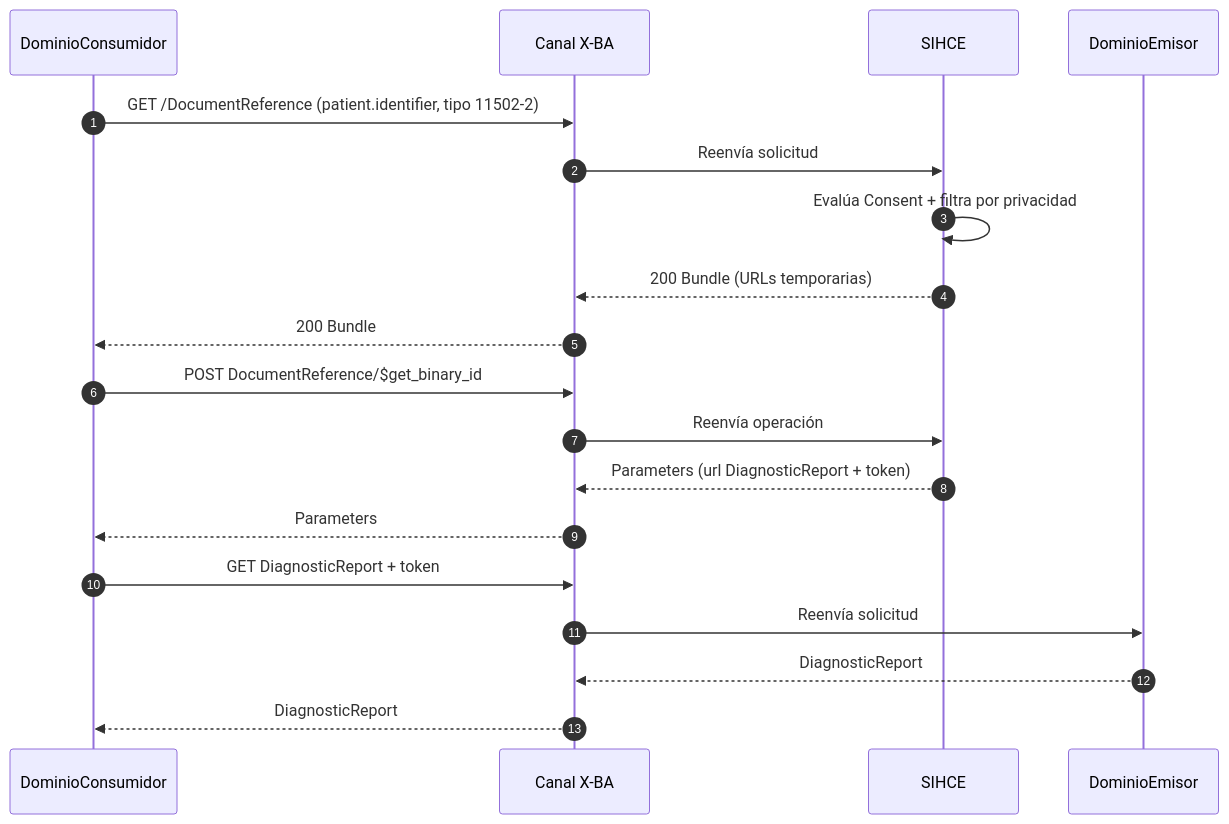
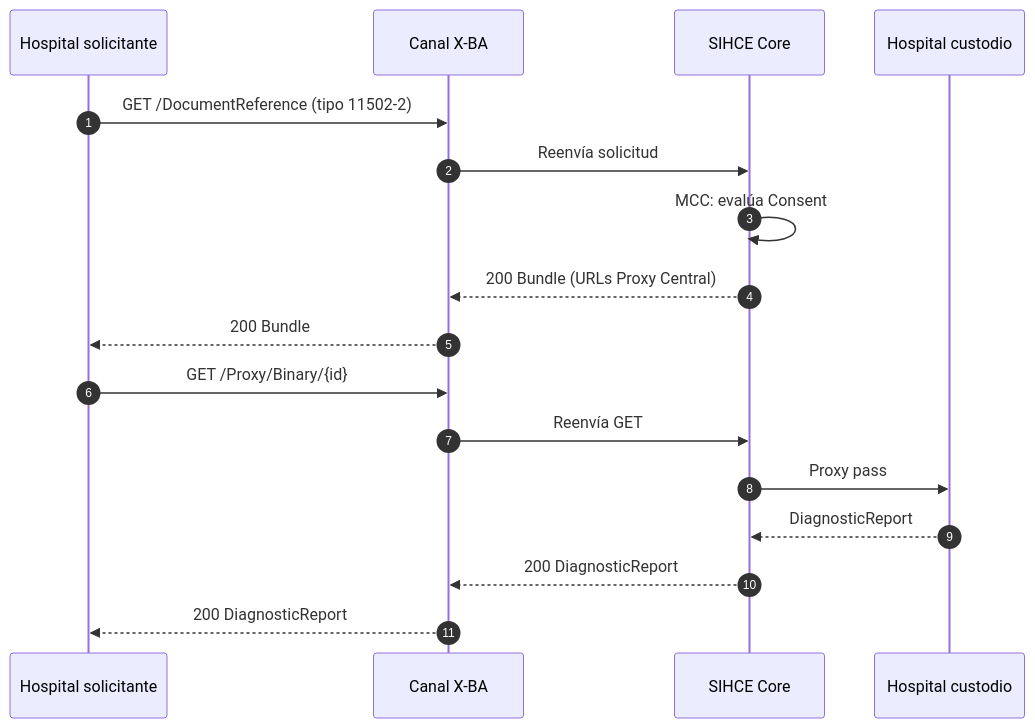
The tenth of 10 diagrams in input/pagecontent/CasosDeUso.md (HL7-AR/sihce-ig), drawn with Mermaid before and after one commit. The commit also changed other lines of this file and 1274 other files, not shown here.

First line of the commit message:
IG v1.5.0: Proxy Central ITI-67/68 y eliminación de $get_binary_id.

````diff
--- a/input/pagecontent/CasosDeUso.md
+++ b/input/pagecontent/CasosDeUso.md
@@ -202,21 +200,19 @@
 ```mermaid
 sequenceDiagram
   autonumber
-  participant C as DominioConsumidor
+  participant C as Hospital solicitante
   participant X as Canal X-BA
-  participant S as SIHCE
-  participant E as DominioEmisor
-  C->>X: GET /DocumentReference (patient.identifier, tipo 11502-2)
+  participant S as SIHCE Core
+  participant E as Hospital custodio
+  C->>X: GET /DocumentReference (tipo 11502-2)
   X->>S: Reenvía solicitud
-  S->>S: Evalúa Consent + filtra por privacidad
-  S-->>X: 200 Bundle (URLs temporarias)
+  S->>S: MCC: evalúa Consent
+  S-->>X: 200 Bundle (URLs Proxy Central)
   X-->>C: 200 Bundle
-  C->>X: POST DocumentReference/$get_binary_id
-  X->>S: Reenvía operación
-  S-->>X: Parameters (url DiagnosticReport + token)
-  X-->>C: Parameters
-  C->>X: GET DiagnosticReport + token
-  X->>E: Reenvía solicitud
-  E-->>X: DiagnosticReport
-  X-->>C: DiagnosticReport
+  C->>X: GET /Proxy/Binary/{id}
+  X->>S: Reenvía GET
+  S->>E: Proxy pass
+  E-->>S: DiagnosticReport
+  S-->>X: 200 DiagnosticReport
+  X-->>C: 200 DiagnosticReport
 ```
````
